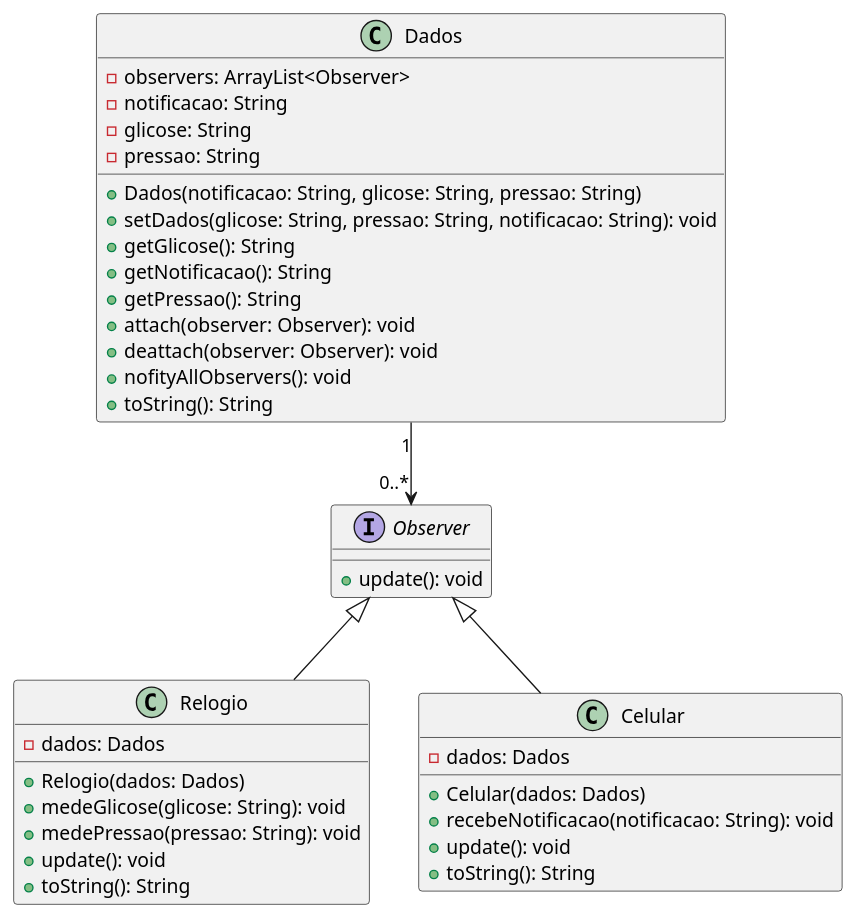
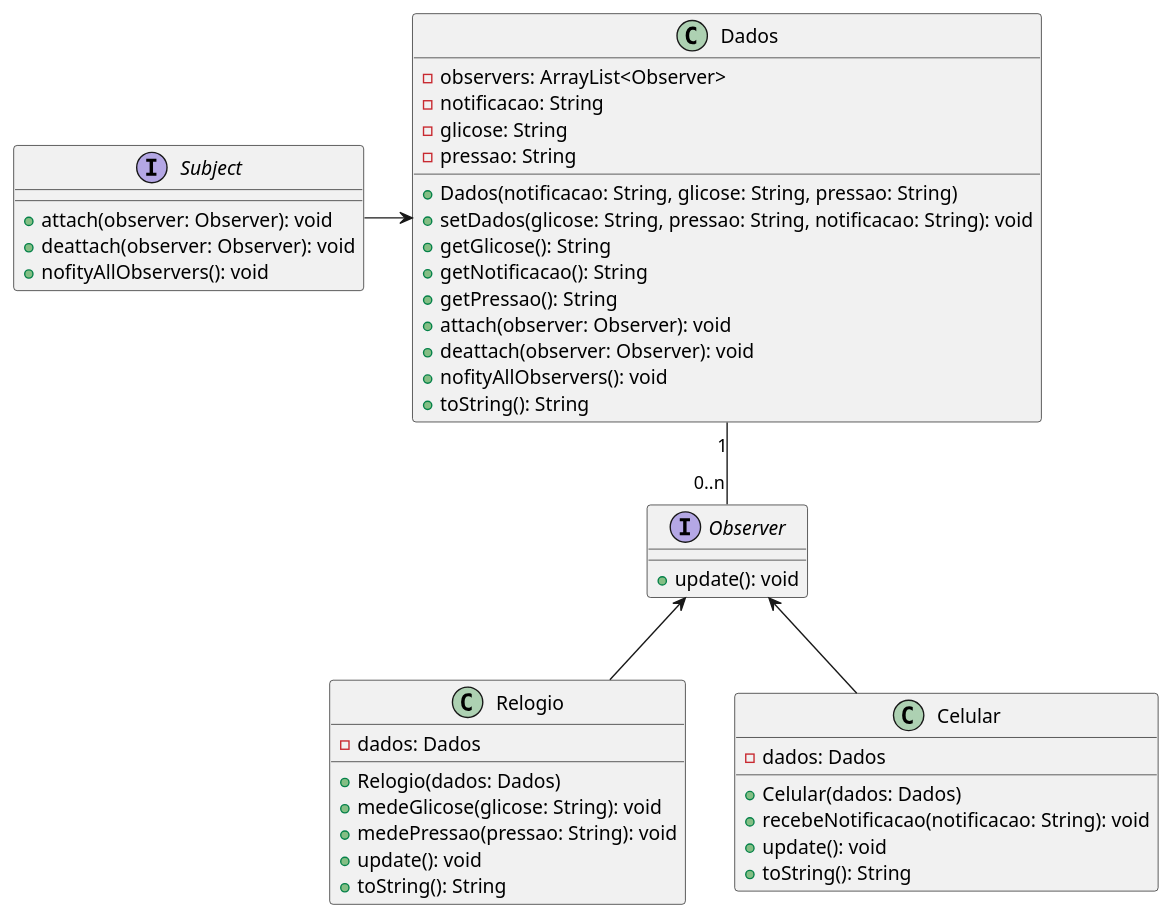
One commit to queirozPedro/ObserverPattern changed the diagram in desc/DiagramaDeClasses.iuml. Above: the diagram before and after it, drawn with PlantUML. The commit also changed 3 other files, not shown here.

```diff
--- a/desc/DiagramaDeClasses.iuml
+++ b/desc/DiagramaDeClasses.iuml
@@ -1,45 +1,51 @@
 @startuml DiagramaDeClasses
 
 interface Observer {
     + update(): void
+}
+
+interface Subject {
+    + attach(observer: Observer): void
+    + deattach(observer: Observer): void
+    + nofityAllObservers(): void
 }
 
 class Relogio {
     - dados: Dados
     + Relogio(dados: Dados)
     + medeGlicose(glicose: String): void
     + medePressao(pressao: String): void
     + update(): void
     + toString(): String
 }
 
 class Celular {
     - dados: Dados
     + Celular(dados: Dados)
     + recebeNotificacao(notificacao: String): void
     + update(): void
     + toString(): String
 }
 
 class Dados {
     - observers: ArrayList<Observer>
     - notificacao: String
     - glicose: String
     - pressao: String
     + Dados(notificacao: String, glicose: String, pressao: String)
     + setDados(glicose: String, pressao: String, notificacao: String): void
     + getGlicose(): String
     + getNotificacao(): String
     + getPressao(): String
     + attach(observer: Observer): void
     + deattach(observer: Observer): void
     + nofityAllObservers(): void
     + toString(): String
 }
 
-Relogio -up-|> Observer
-Celular -up-|> Observer
-Dados "1" --> "0..*" Observer
-
+Relogio -up-> Observer
+Celular -up-> Observer
+Dados "1"--"0..n" Observer
+Dados <-left- Subject
 
 @enduml
```
